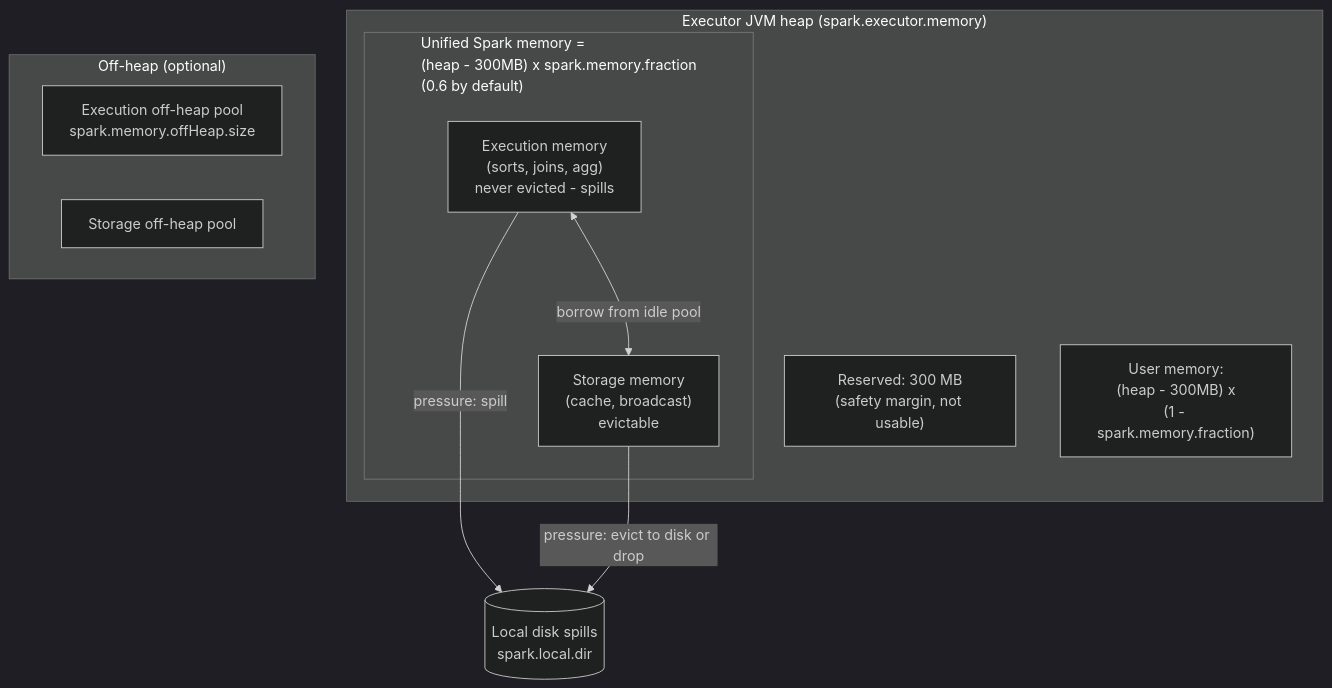
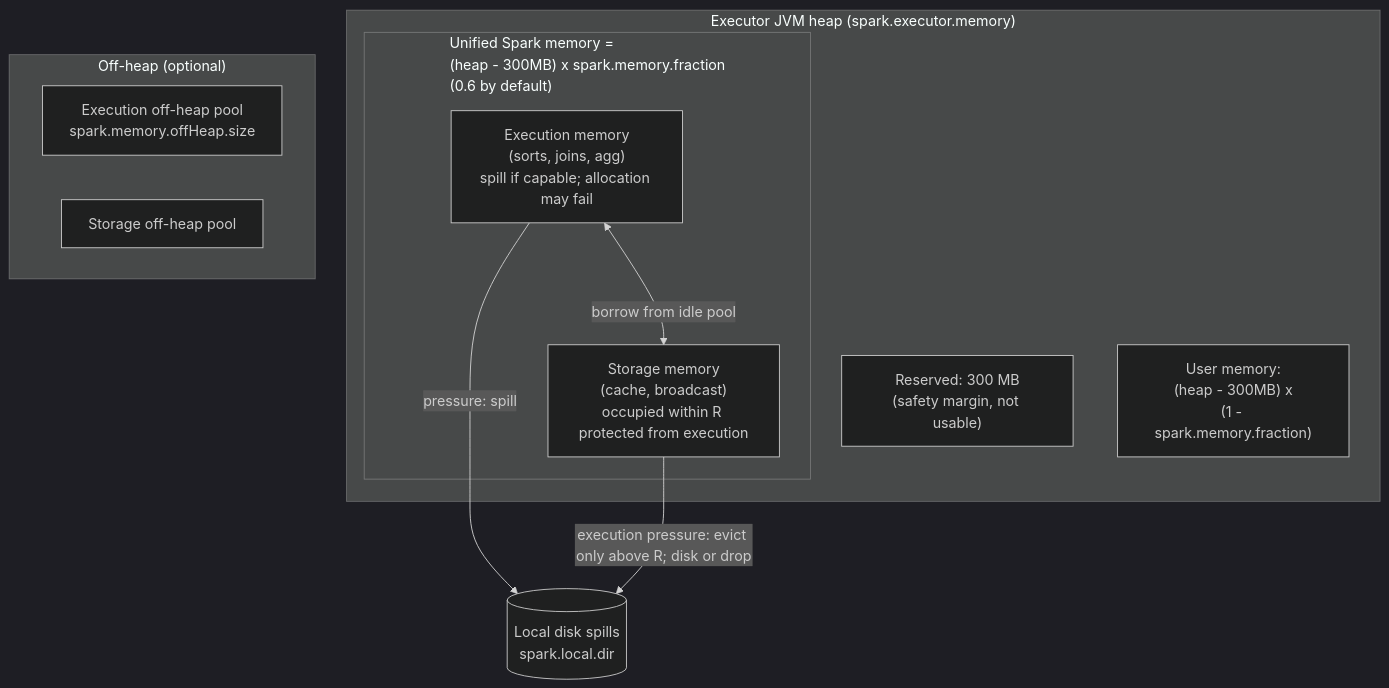
The first of 2 diagrams in Core Concepts/Spark Internals/02 - Memory Management & Disk Spilling.md (abhinnaagrawal/system-design-notes), drawn with Mermaid (dark theme) before and after one commit. The commit also changed other lines of this file and 83 other files, not shown here.

````diff
--- a/Core Concepts/Spark Internals/02 - Memory Management & Disk Spilling.md
+++ b/Core Concepts/Spark Internals/02 - Memory Management & Disk Spilling.md
@@ -46,19 +46,19 @@
 ```mermaid
 flowchart TB
     subgraph JVM["Executor JVM heap (spark.executor.memory)"]
         RES["Reserved: 300 MB<br/>(safety margin, not usable)"]
         USR["User memory:<br/>(heap - 300MB) x<br/>(1 - spark.memory.fraction)"]
         subgraph SPARK["Unified Spark memory =<br/>(heap - 300MB) x spark.memory.fraction<br/>(0.6 by default)"]
-            EXE["Execution memory<br/>(sorts, joins, agg)<br/>never evicted - spills"]
-            STO["Storage memory<br/>(cache, broadcast)<br/>evictable"]
+            EXE["Execution memory<br/>(sorts, joins, agg)<br/>spill if capable; allocation may fail"]
+            STO["Storage memory<br/>(cache, broadcast)<br/>occupied within R protected from execution"]
             EXE <-->|"borrow from idle pool"| STO
         end
     end
     subgraph OFF["Off-heap (optional)"]
         OHE["Execution off-heap pool<br/>spark.memory.offHeap.size"]
         OHS["Storage off-heap pool"]
     end
     SPILL[("Local disk spills<br/>spark.local.dir")]
     EXE -->|"pressure: spill"| SPILL
-    STO -->|"pressure: evict to disk or drop"| SPILL
+    STO -->|"execution pressure: evict only above R; disk or drop"| SPILL
 ```
````
